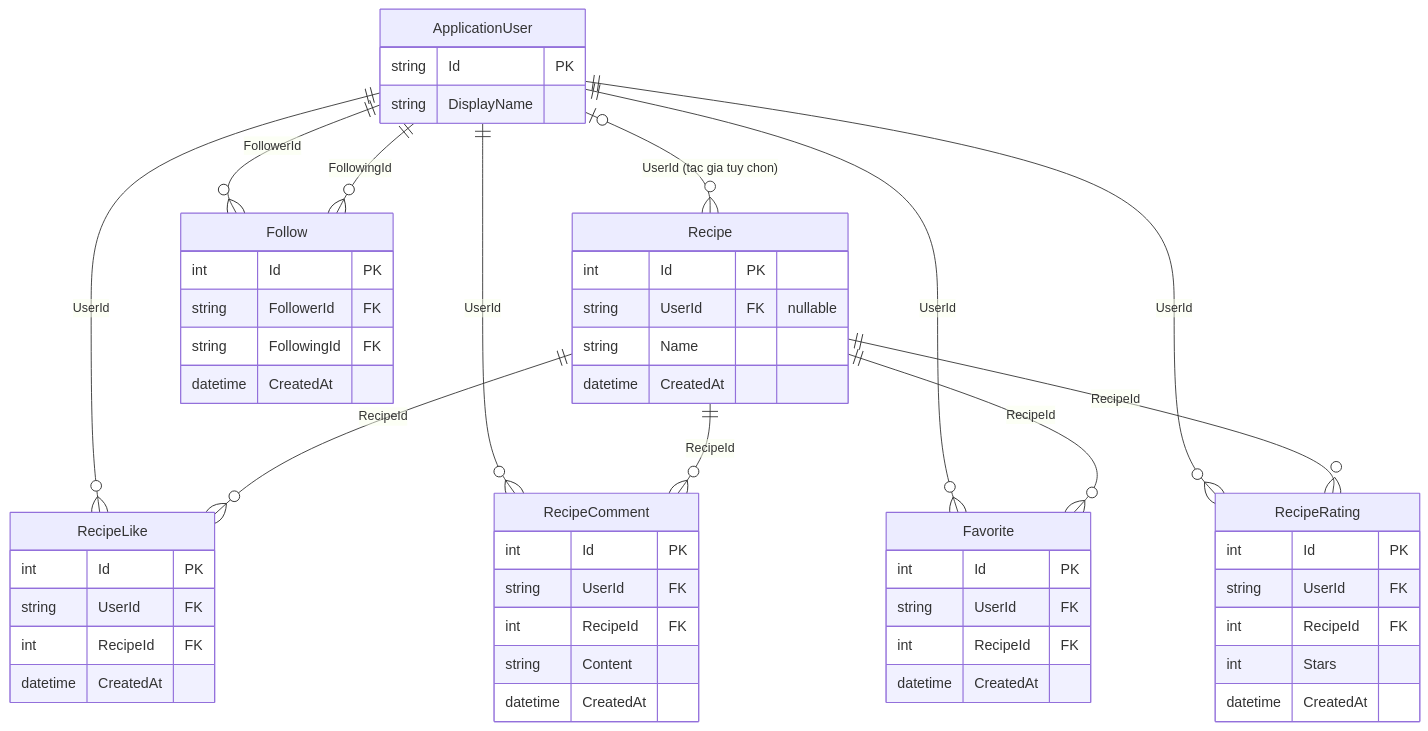
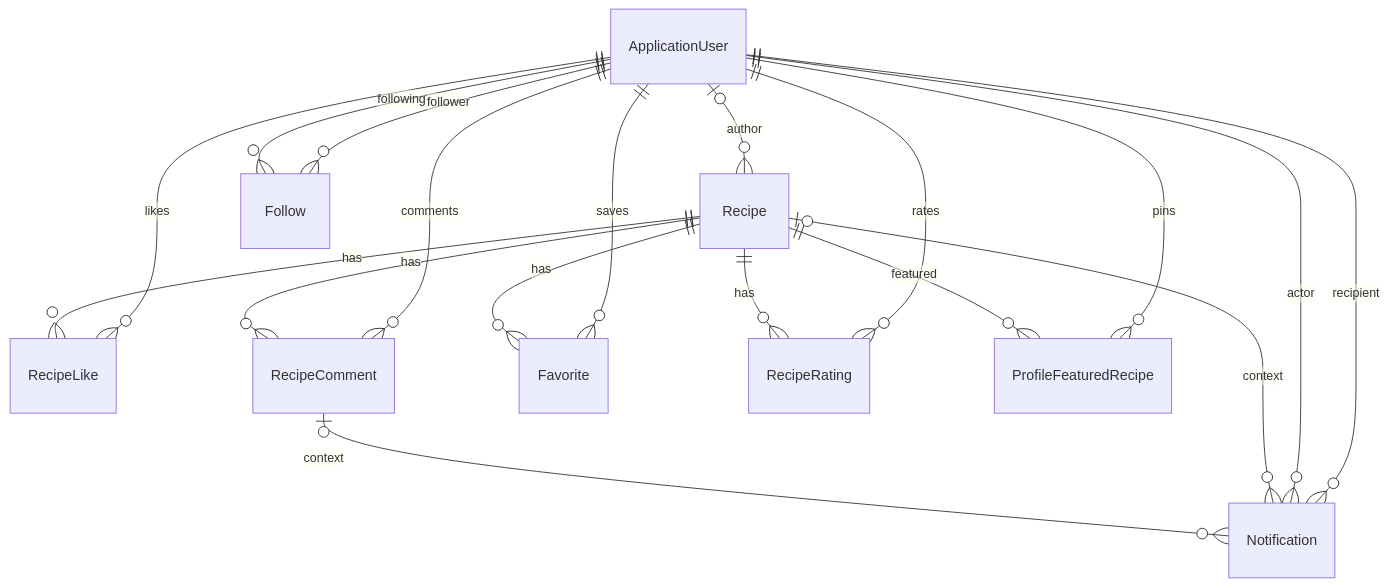
Before and after one commit to TieuBao-IT89/CookShare: the diagram in docs/DATABASE_DESIGN.md, drawn with Mermaid. The commit also changed other lines of this file and 19 other files, not shown here.

````diff
--- a/docs/DATABASE_DESIGN.md
+++ b/docs/DATABASE_DESIGN.md
@@ -162,57 +74,20 @@
 ```mermaid
 erDiagram
-  ApplicationUser |o--o{ Recipe : "UserId (tac gia tuy chon)"
-  ApplicationUser ||--o{ RecipeLike : UserId
-  ApplicationUser ||--o{ RecipeComment : UserId
-  ApplicationUser ||--o{ Favorite : UserId
-  ApplicationUser ||--o{ RecipeRating : UserId
-  ApplicationUser ||--o{ Follow : FollowerId
-  ApplicationUser ||--o{ Follow : FollowingId
-  Recipe ||--o{ RecipeLike : RecipeId
-  Recipe ||--o{ RecipeComment : RecipeId
-  Recipe ||--o{ Favorite : RecipeId
-  Recipe ||--o{ RecipeRating : RecipeId
-
-  ApplicationUser {
-    string Id PK
-    string DisplayName
-  }
-  Recipe {
-    int Id PK
-    string UserId FK "nullable"
-    string Name
-    datetime CreatedAt
-  }
-  RecipeLike {
-    int Id PK
-    string UserId FK
-    int RecipeId FK
-    datetime CreatedAt
-  }
-  RecipeComment {
-    int Id PK
-    string UserId FK
-    int RecipeId FK
-    string Content
-    datetime CreatedAt
-  }
-  Favorite {
-    int Id PK
-    string UserId FK
-    int RecipeId FK
-    datetime CreatedAt
-  }
-  Follow {
-    int Id PK
-    string FollowerId FK
-    string FollowingId FK
-    datetime CreatedAt
-  }
-  RecipeRating {
-    int Id PK
-    string UserId FK
-    int RecipeId FK
-    int Stars
-    datetime CreatedAt
-  }
+  ApplicationUser |o--o{ Recipe : author
+  ApplicationUser ||--o{ RecipeLike : likes
+  ApplicationUser ||--o{ RecipeComment : comments
+  ApplicationUser ||--o{ Favorite : saves
+  ApplicationUser ||--o{ RecipeRating : rates
+  ApplicationUser ||--o{ Follow : follower
+  ApplicationUser ||--o{ Follow : following
+  ApplicationUser ||--o{ Notification : recipient
+  ApplicationUser ||--o{ Notification : actor
+  ApplicationUser ||--o{ ProfileFeaturedRecipe : pins
+  Recipe ||--o{ RecipeLike : has
+  Recipe ||--o{ RecipeComment : has
+  Recipe ||--o{ Favorite : has
+  Recipe ||--o{ RecipeRating : has
+  Recipe ||--o{ ProfileFeaturedRecipe : featured
+  Recipe |o--o{ Notification : context
+  RecipeComment |o--o{ Notification : context
 ```
````
